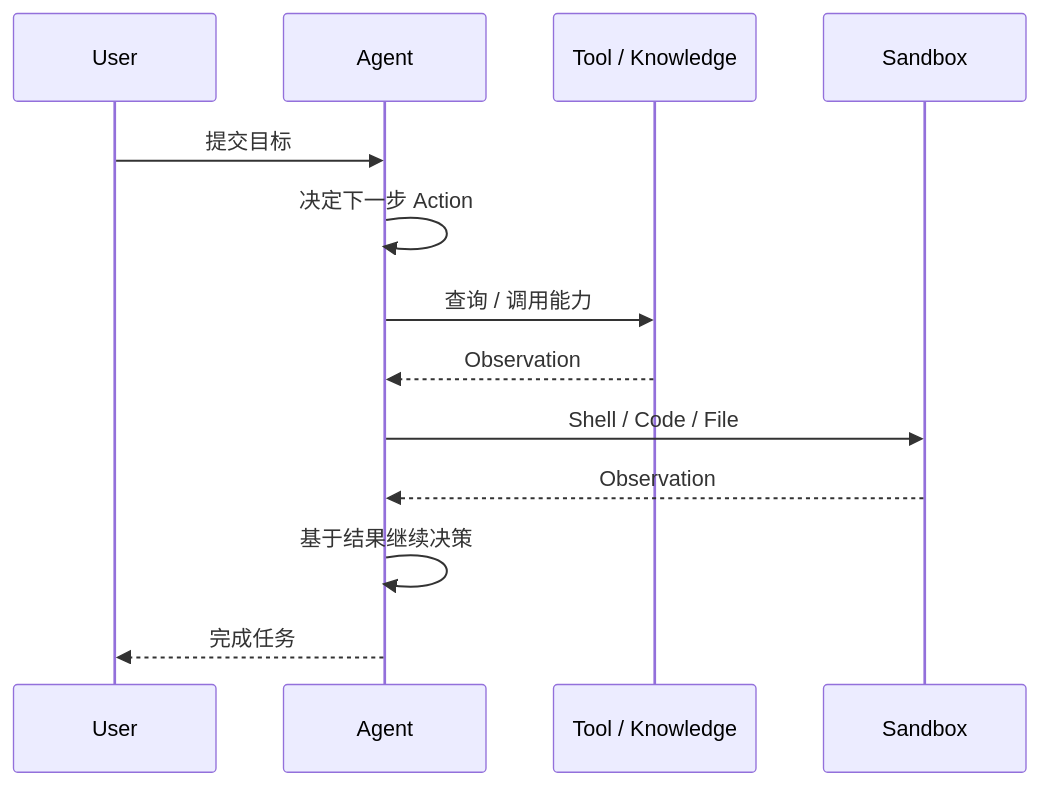
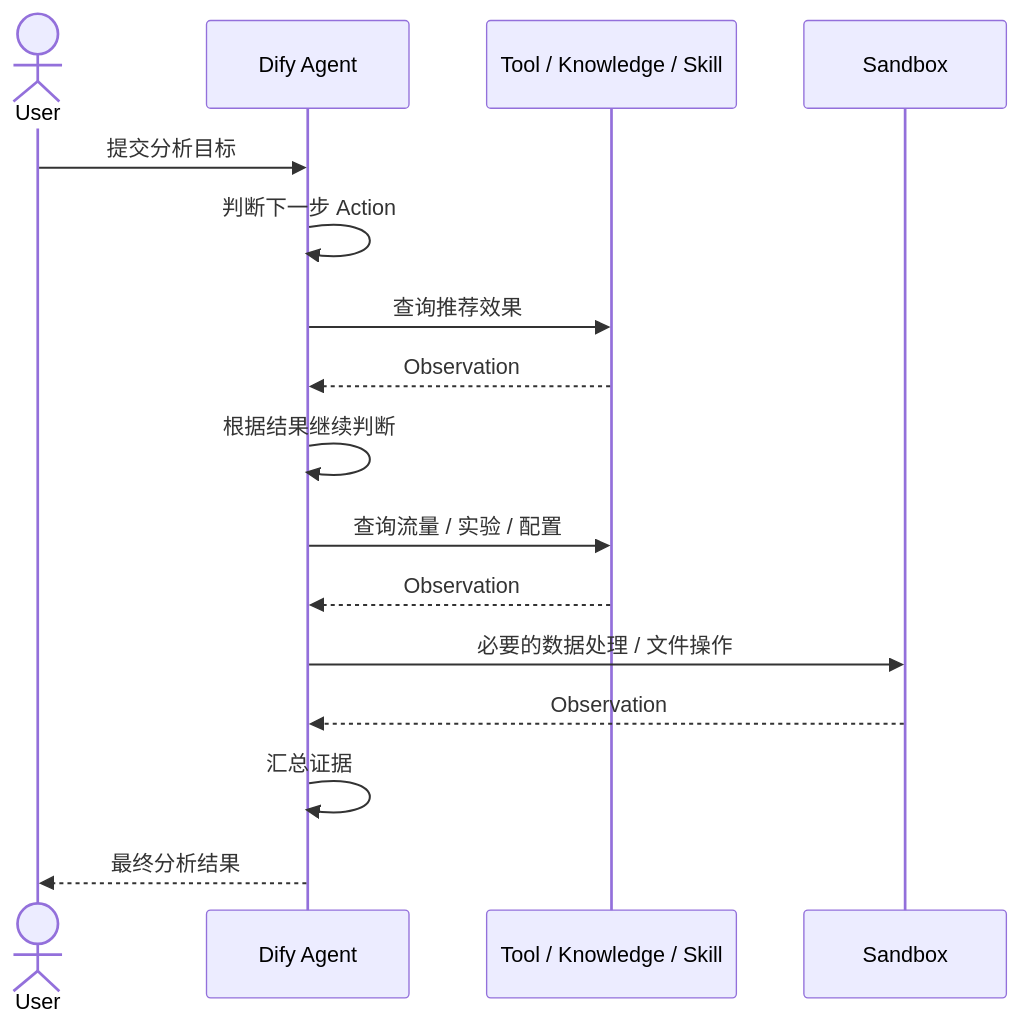
Diagram 12 of 20 in weekly-report/dify-1.17-core-capabilities-research.md (sgfd-ui/internship), drawn with Mermaid before and after one commit. The commit also changed other lines of this file, not shown here.

Commit message:
docs: deepen Dify AI Workflow and Agent research structure

````diff
--- a/weekly-report/dify-1.17-core-capabilities-research.md
+++ b/weekly-report/dify-1.17-core-capabilities-research.md
@@ -278,16 +418,19 @@
 ```mermaid
 sequenceDiagram
-    participant U as User
-    participant A as Agent
-    participant T as Tool / Knowledge
+    actor U as User
+    participant A as Dify Agent
+    participant C as Tool / Knowledge / Skill
     participant S as Sandbox
 
-    U->>A: 提交目标
-    A->>A: 决定下一步 Action
-    A->>T: 查询 / 调用能力
-    T-->>A: Observation
-    A->>S: Shell / Code / File
+    U->>A: 提交分析目标
+    A->>A: 判断下一步 Action
+    A->>C: 查询推荐效果
+    C-->>A: Observation
+    A->>A: 根据结果继续判断
+    A->>C: 查询流量 / 实验 / 配置
+    C-->>A: Observation
+    A->>S: 必要的数据处理 / 文件操作
     S-->>A: Observation
-    A->>A: 基于结果继续决策
-    A-->>U: 完成任务
+    A->>A: 汇总证据
+    A-->>U: 最终分析结果
 ```
````
